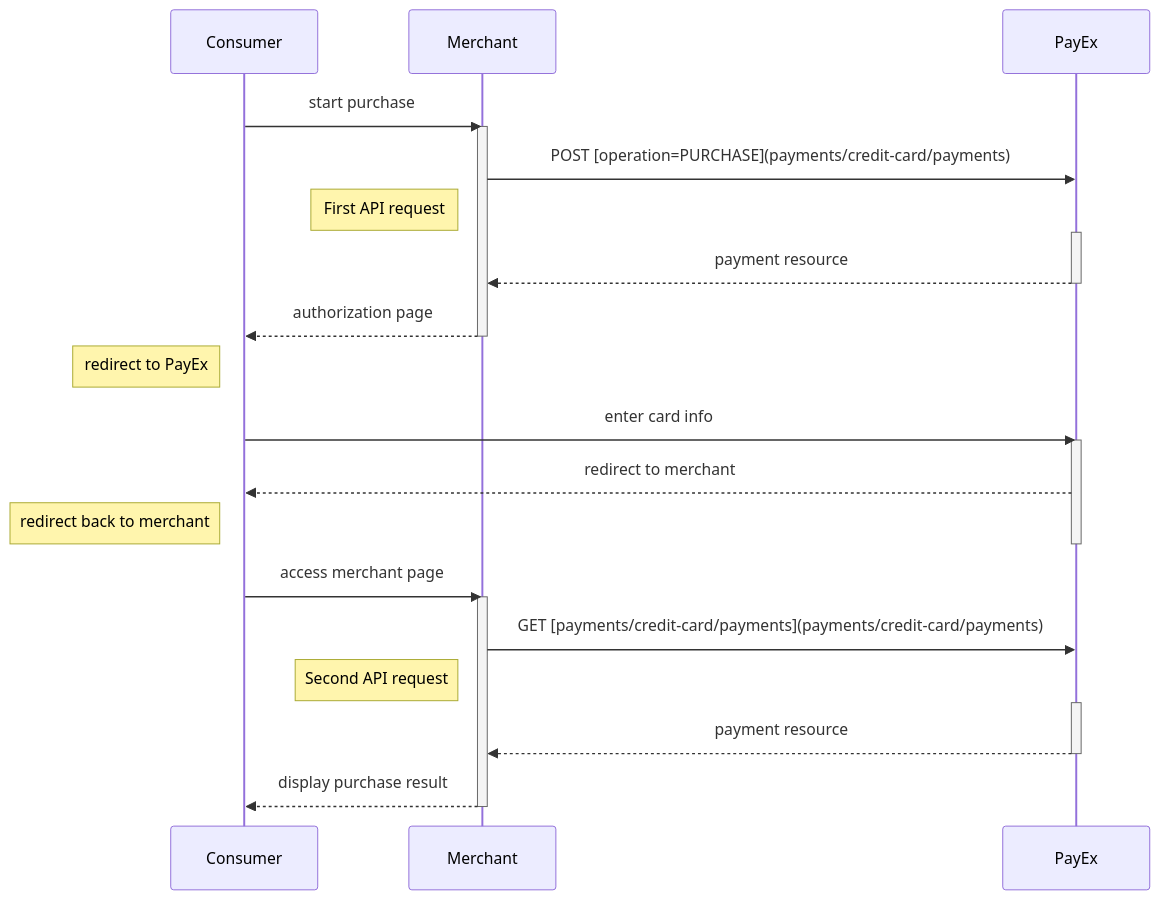
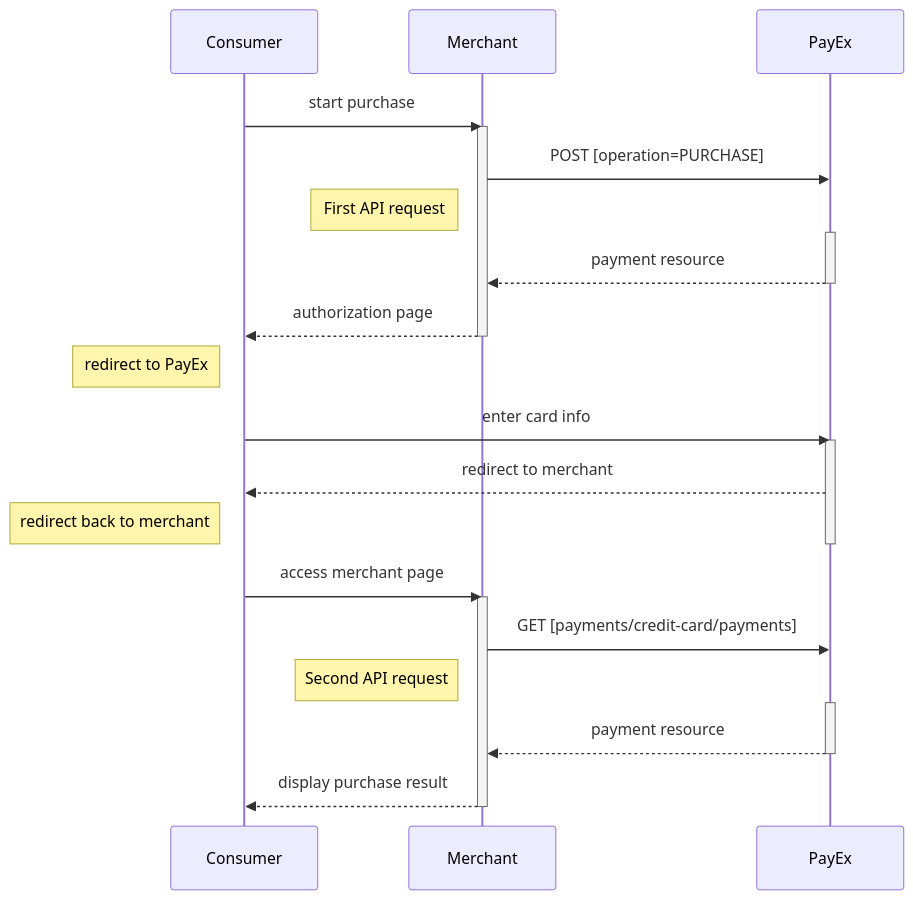
Before and after one commit to SwedbankPay/developer.swedbankpay.com: the third of 4 diagrams in payments/credit-card/redirect.md, drawn with Mermaid. The commit also changed other lines of this file and 3 other files, not shown here.

````diff
--- a/payments/credit-card/redirect.md
+++ b/payments/credit-card/redirect.md
@@ -268,29 +268,29 @@
 ```mermaid
 sequenceDiagram
   Consumer->>Merchant: start purchase
   Activate Merchant
-  Merchant->>PayEx: POST [operation=PURCHASE](payments/credit-card/payments)
+  Merchant->>PayEx: POST [operation=PURCHASE]
   note left of Merchant: First API request
   Activate PayEx
   PayEx-->>Merchant: payment resource
   Deactivate PayEx
   Merchant-->>Consumer: authorization page
   Deactivate Merchant
   
   note left of Consumer: redirect to PayEx
   Consumer->>PayEx: enter card info
   Activate PayEx
   PayEx-->>Consumer: redirect to merchant
   note left of Consumer: redirect back to merchant
   Deactivate PayEx
   
   Consumer->>Merchant: access merchant page
   Activate Merchant
-  Merchant->>PayEx: GET [payments/credit-card/payments](payments/credit-card/payments)
+  Merchant->>PayEx: GET [payments/credit-card/payments]
   note left of Merchant: Second API request
   Activate PayEx
   PayEx-->>Merchant: payment resource
   Deactivate PayEx
   Merchant-->>Consumer: display purchase result
   Deactivate Merchant
 ```
````
